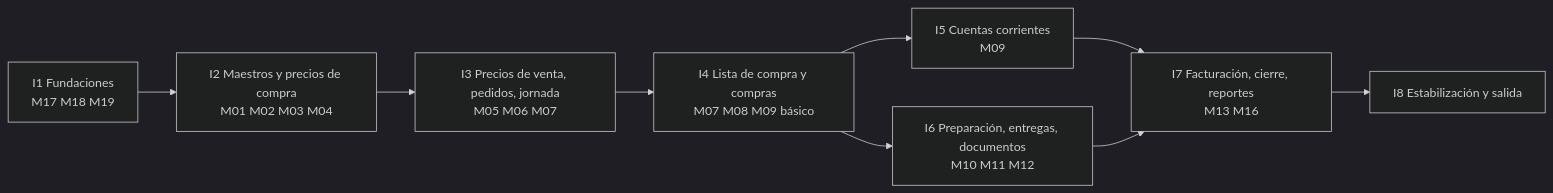
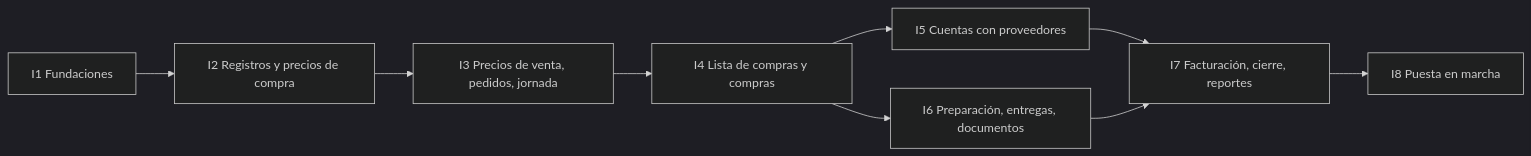
One commit to Facumirande/sistema-juan changed the diagram in docs/plan/10-plan-de-implementacion.md. Above: the diagram before and after it, drawn with Mermaid (dark theme). The commit also changed other lines of this file and 66 other files, not shown here.

First line of the commit message:
Pedidos sin confirmar, lista de compras con "Lo compré", preparación por cliente y limpieza del plan

````diff
--- a/docs/plan/10-plan-de-implementacion.md
+++ b/docs/plan/10-plan-de-implementacion.md
@@ -204,11 +33,11 @@
 ```mermaid
 flowchart LR
-    I1["I1 Fundaciones<br/>M17 M18 M19"] --> I2["I2 Maestros y precios de compra<br/>M01 M02 M03 M04"]
-    I2 --> I3["I3 Precios de venta, pedidos, jornada<br/>M05 M06 M07"]
-    I3 --> I4["I4 Lista de compra y compras<br/>M07 M08 M09 básico"]
-    I4 --> I5["I5 Cuentas corrientes<br/>M09"]
-    I4 --> I6["I6 Preparación, entregas, documentos<br/>M10 M11 M12"]
-    I5 --> I7["I7 Facturación, cierre, reportes<br/>M13 M16"]
+    I1["I1 Fundaciones"] --> I2["I2 Registros y precios de compra"]
+    I2 --> I3["I3 Precios de venta, pedidos, jornada"]
+    I3 --> I4["I4 Lista de compras y compras"]
+    I4 --> I5["I5 Cuentas con proveedores"]
+    I4 --> I6["I6 Preparación, entregas, documentos"]
+    I5 --> I7["I7 Facturación, cierre, reportes"]
     I6 --> I7
-    I7 --> I8["I8 Estabilización y salida"]
+    I7 --> I8["I8 Puesta en marcha"]
 ```
````
